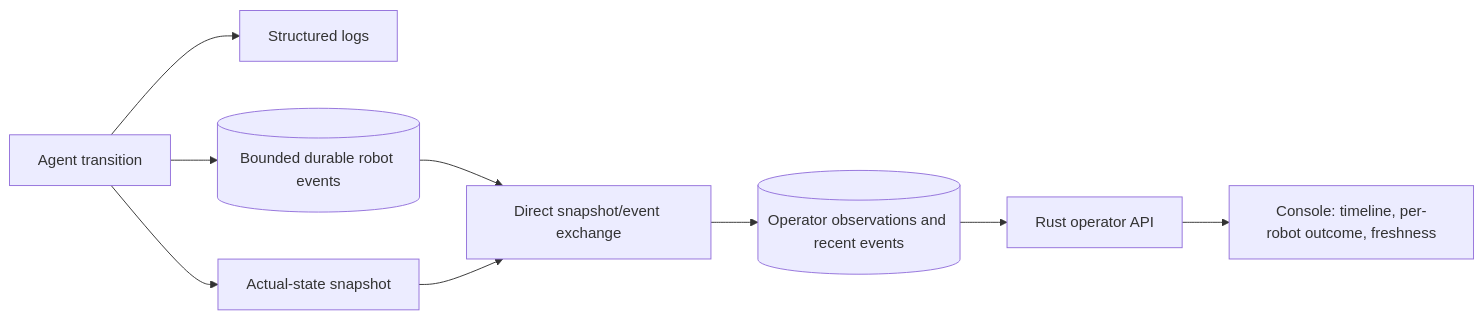
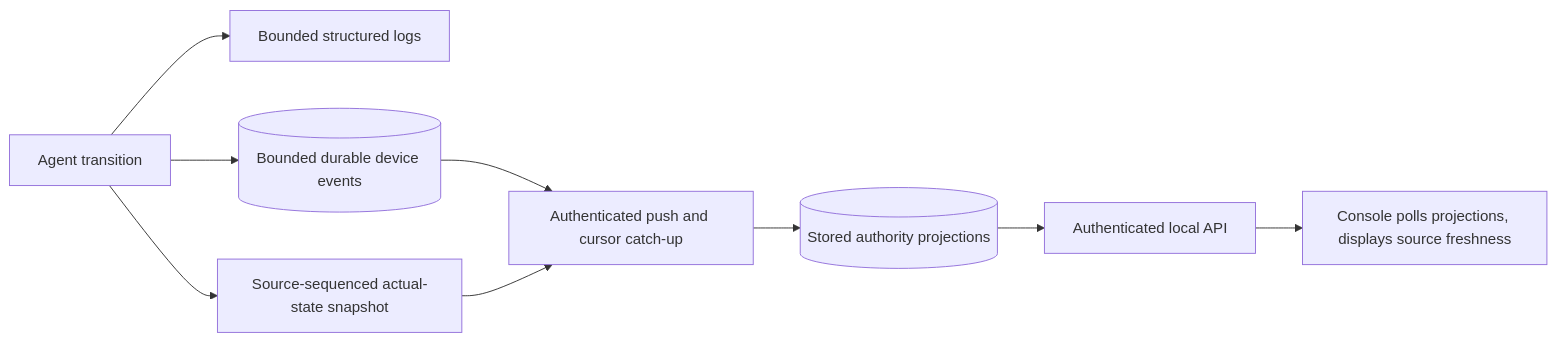
One commit to gleniosp/fleetforge changed the third of 3 diagrams in docs/architecture/overview.md. Above: the diagram before and after it, drawn with Mermaid. The commit also changed other lines of this file and 17 other files, not shown here.

Commit message:
docs: consolidate FleetForge architecture and workflow

````diff
--- a/docs/architecture/overview.md
+++ b/docs/architecture/overview.md
@@ -186,11 +178,11 @@
 ```mermaid
 flowchart LR
-    Transition["Agent transition"] --> Logs["Structured logs"]
-    Transition --> Events[("Bounded durable robot events")]
-    Transition --> Snapshot["Actual-state snapshot"]
-    Events --> Sync["Direct snapshot/event exchange"]
+    Transition["Agent transition"] --> Logs["Bounded structured logs"]
+    Transition --> Events[("Bounded durable device events")]
+    Transition --> Snapshot["Source-sequenced actual-state snapshot"]
+    Events --> Sync["Authenticated push and cursor catch-up"]
     Snapshot --> Sync
-    Sync --> Observations[("Operator observations and recent events")]
-    Observations --> API["Rust operator API"]
-    API --> UI["Console: timeline, per-robot outcome, freshness"]
+    Sync --> Observations[("Stored authority projections")]
+    Observations --> API["Authenticated local API"]
+    API --> UI["Console polls projections, displays source freshness"]
 ```
````
